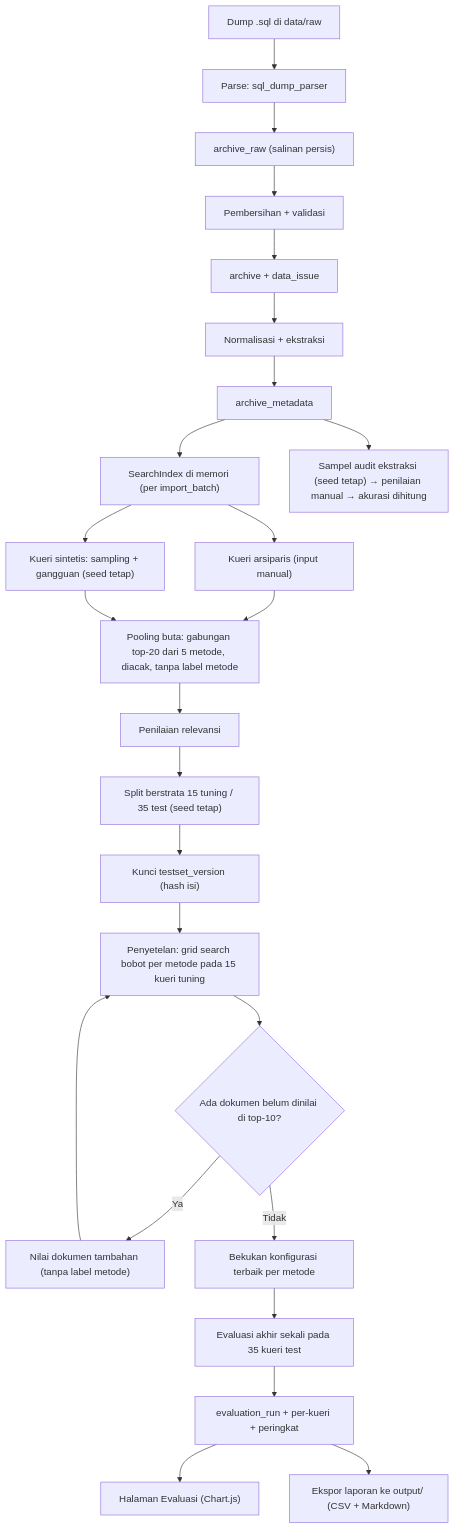
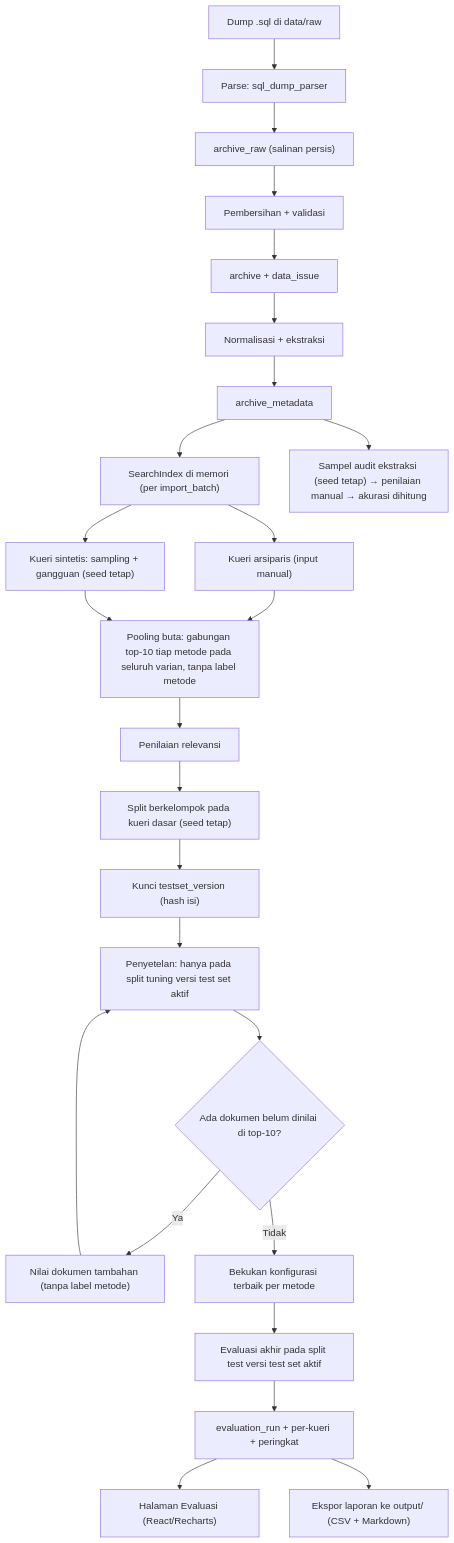
Before and after one commit to wahyu2021/penelitian-mandiri: the second of 2 diagrams in rancangan_aplikasi.md, drawn with Mermaid. The commit also changed other lines of this file and 17 other files, not shown here.

````diff
--- a/rancangan_aplikasi.md
+++ b/rancangan_aplikasi.md
@@ -152,26 +111,26 @@
 ```mermaid
 flowchart TD
     A["Dump .sql di data/raw"] --> B["Parse: sql_dump_parser"]
     B --> C["archive_raw (salinan persis)"]
     C --> D["Pembersihan + validasi"]
     D --> E["archive + data_issue"]
     E --> F["Normalisasi + ekstraksi"]
     F --> G["archive_metadata"]
     G --> H["SearchIndex di memori (per import_batch)"]
     G --> AU["Sampel audit ekstraksi (seed tetap) → penilaian manual → akurasi dihitung"]
     H --> T1["Kueri arsiparis (input manual)"]
     H --> T2["Kueri sintetis: sampling + gangguan (seed tetap)"]
-    T1 --> P["Pooling buta: gabungan top-20 dari 5 metode, diacak, tanpa label metode"]
+    T1 --> P["Pooling buta: gabungan top-10 tiap metode pada seluruh varian, tanpa label metode"]
     T2 --> P
     P --> J["Penilaian relevansi"]
-    J --> S["Split berstrata 15 tuning / 35 test (seed tetap)"]
+    J --> S["Split berkelompok pada kueri dasar (seed tetap)"]
     S --> L["Kunci testset_version (hash isi)"]
-    L --> TU["Penyetelan: grid search bobot per metode pada 15 kueri tuning"]
+    L --> TU["Penyetelan: hanya pada split tuning versi test set aktif"]
     TU --> CK{"Ada dokumen belum dinilai di top-10?"}
     CK -- Ya --> J2["Nilai dokumen tambahan (tanpa label metode)"] --> TU
     CK -- Tidak --> FR["Bekukan konfigurasi terbaik per metode"]
-    FR --> FE["Evaluasi akhir sekali pada 35 kueri test"]
+    FR --> FE["Evaluasi akhir pada split test versi test set aktif"]
     FE --> R["evaluation_run + per-kueri + peringkat"]
-    R --> UI["Halaman Evaluasi (Chart.js)"]
+    R --> UI["Halaman Evaluasi (React/Recharts)"]
     R --> RP["Ekspor laporan ke output/ (CSV + Markdown)"]
 ```
````
